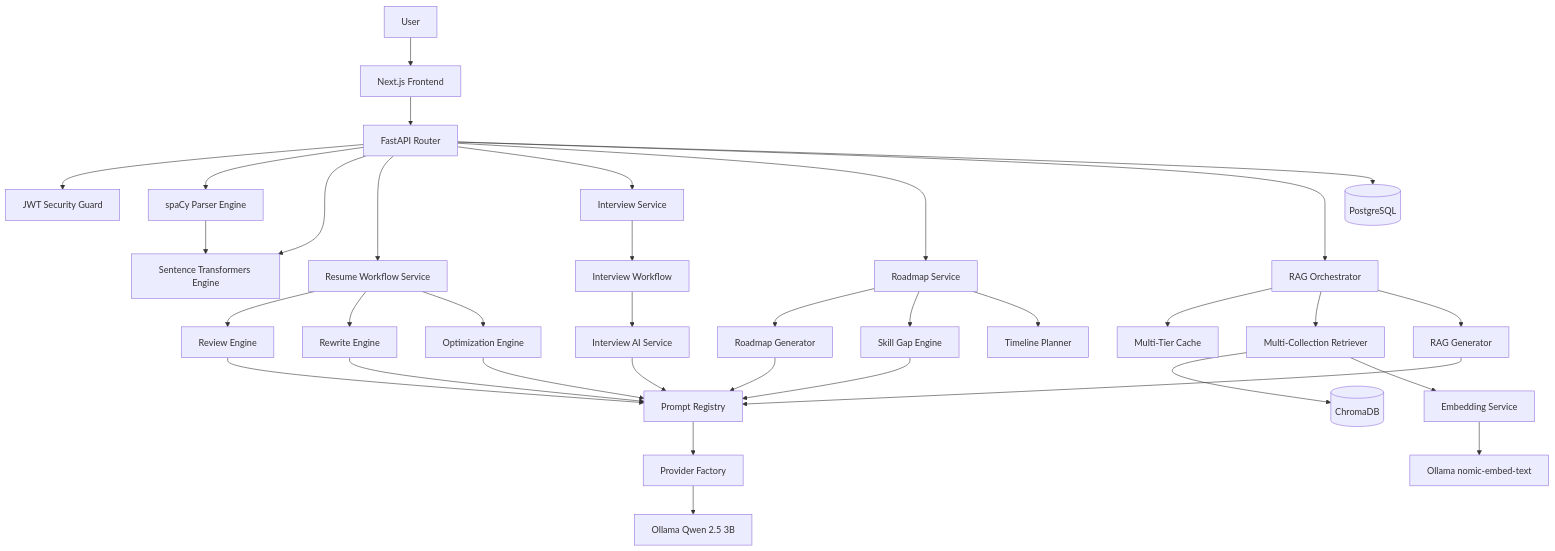
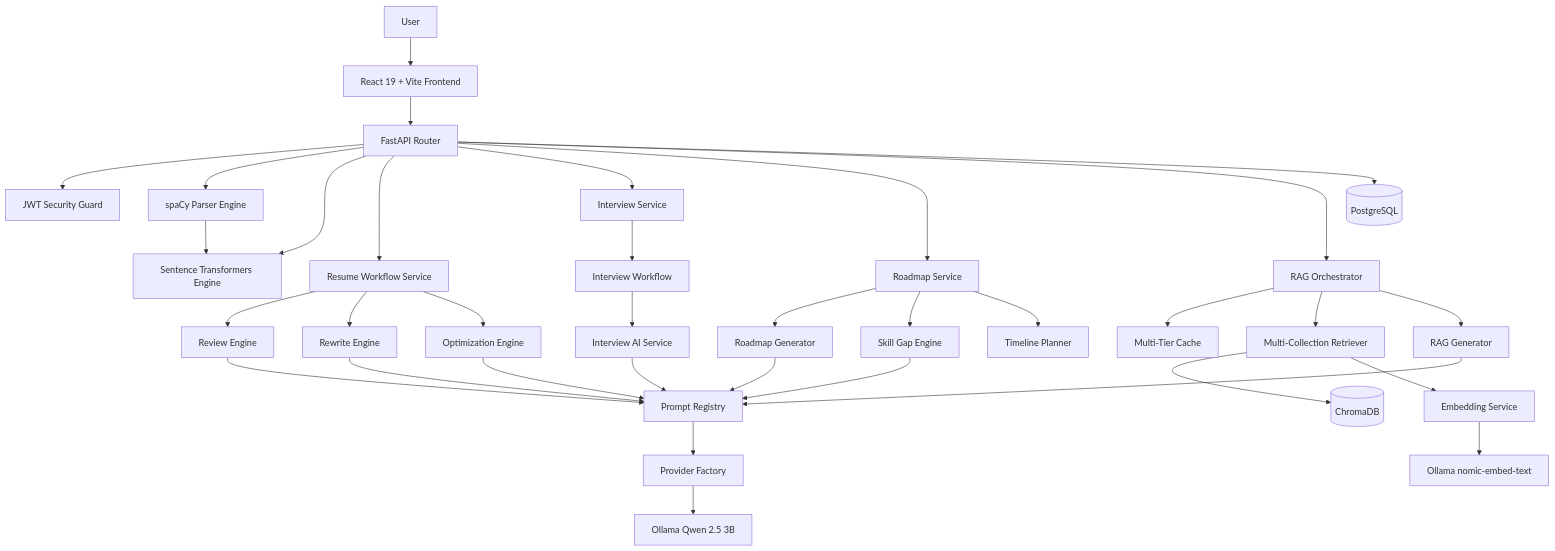
One commit to Dipakk7/Scorelia changed the diagram in README.md. Above: the diagram before and after it, drawn with Mermaid. The commit also changed other lines of this file, not shown here.

First line of the commit message:
Revise README with updated frontend and backend tech

````diff
--- a/README.md
+++ b/README.md
@@ -59,48 +63,48 @@
 ```mermaid
 graph TD
-    User[User] --> Frontend[Next.js Frontend]
+    User[User] --> Frontend[React 19 + Vite Frontend]
     Frontend --> API[FastAPI Router]
 
     API --> Auth[JWT Security Guard]
     API --> Parser[spaCy Parser Engine]
     API --> Embedding[Sentence Transformers Engine]
     API --> Workflow[Resume Workflow Service]
     API --> Interview[Interview Service]
     API --> Roadmap[Roadmap Service]
     API --> RAGOrch[RAG Orchestrator]
 
     Parser --> Embedding
 
     Workflow --> Review[Review Engine]
     Workflow --> Rewrite[Rewrite Engine]
     Workflow --> Optimize[Optimization Engine]
 
     Review --> Registry[Prompt Registry]
     Rewrite --> Registry
     Optimize --> Registry
 
     Interview --> InterviewWorkflow[Interview Workflow]
     InterviewWorkflow --> InterviewAI[Interview AI Service]
     InterviewAI --> Registry
 
     Roadmap --> RoadmapGen[Roadmap Generator]
     Roadmap --> SkillGap[Skill Gap Engine]
     Roadmap --> Timeline[Timeline Planner]
     RoadmapGen --> Registry
     SkillGap --> Registry
 
     RAGOrch --> RAGCache[Multi-Tier Cache]
     RAGOrch --> RAGRetriever[Multi-Collection Retriever]
     RAGOrch --> RAGGen[RAG Generator]
 
     RAGRetriever --> Chroma[(ChromaDB)]
     RAGRetriever --> EmbedService[Embedding Service]
     EmbedService --> OllamaEmbed[Ollama nomic-embed-text]
 
     RAGGen --> Registry
 
     Registry --> Factory[Provider Factory]
     Factory --> Ollama[Ollama Qwen 2.5 3B]
 
     API --> DB[(PostgreSQL)]
 ```
````
